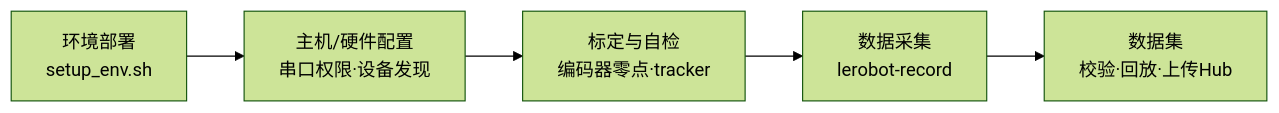
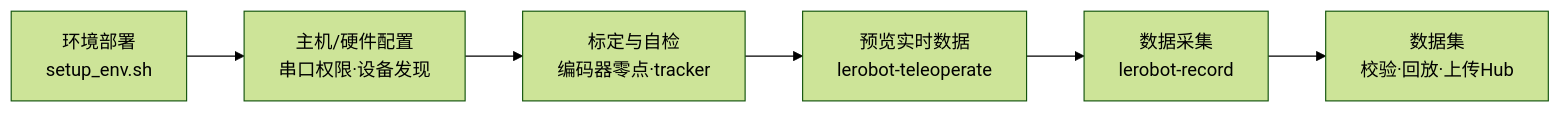
The diagram in docs/index.md (Vertax42/taccap-gripper-docs), drawn with Mermaid (forest theme) before and after one commit. The commit also changed other lines of this file and 1 other file, not shown here.

First line of the commit message:
docs: the landing page flow was missing the preview step

````diff
--- a/docs/index.md
+++ b/docs/index.md
@@ -25,7 +25,8 @@
 ```mermaid
 flowchart LR
     A[环境部署<br/>setup_env.sh] --> B[主机/硬件配置<br/>串口权限·设备发现]
     B --> C[标定与自检<br/>编码器零点·tracker]
-    C --> D[数据采集<br/>lerobot-record]
+    C --> P[预览实时数据<br/>lerobot-teleoperate]
+    P --> D[数据采集<br/>lerobot-record]
     D --> E[数据集<br/>校验·回放·上传Hub]
 ```
````
